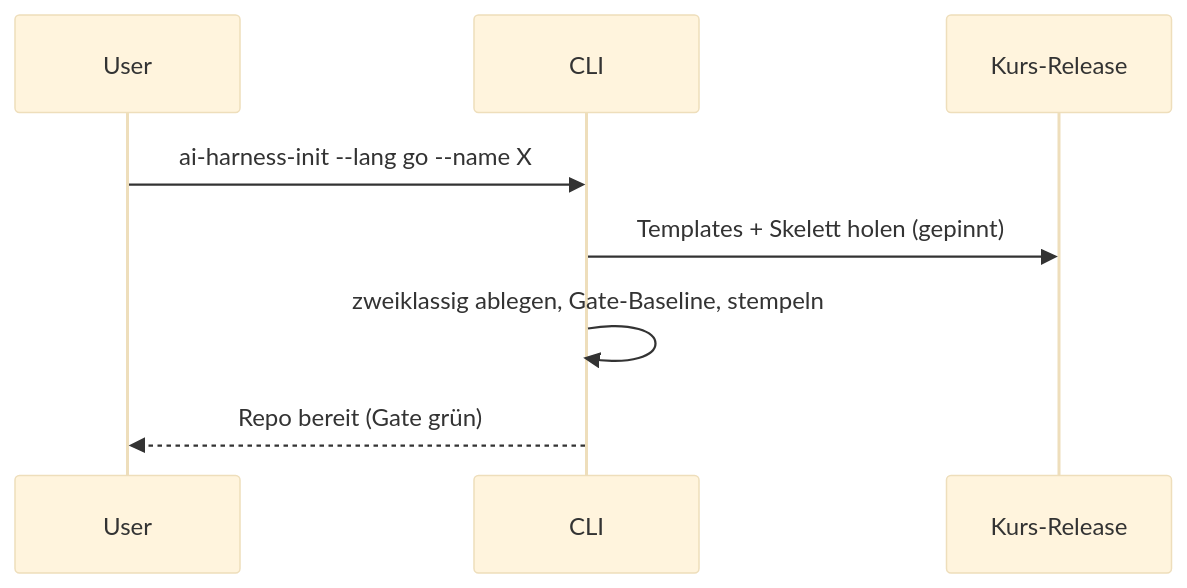
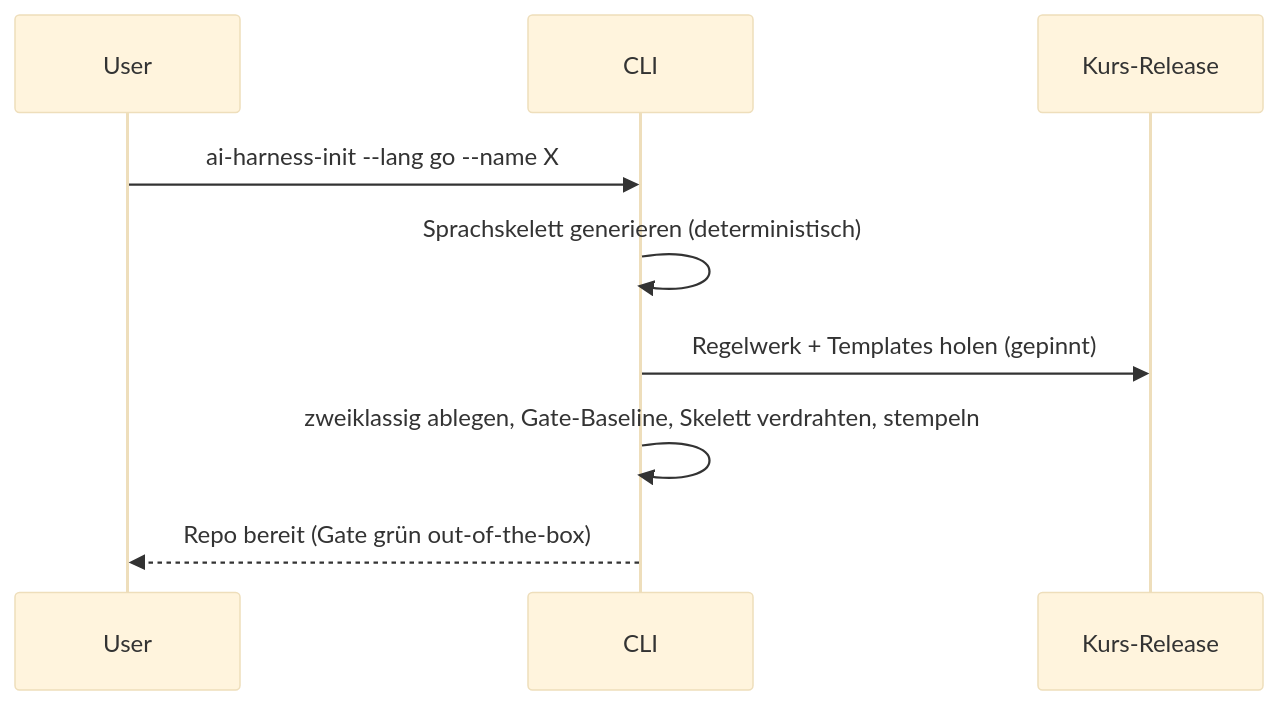
The second of 2 diagrams in spec/architecture.md (pt9912/ai-harness-init), drawn with Mermaid (base theme) before and after one commit. The commit also changed other lines of this file, not shown here.

First line of the commit message:
spec: architecture.md an ADR-0005 nachziehen (Skelett Picker -> Generator)

````diff
--- a/spec/architecture.md
+++ b/spec/architecture.md
@@ -52,10 +55,11 @@
 ```mermaid
 sequenceDiagram
     participant U as User
     participant C as CLI
     participant R as Kurs-Release
     U->>C: ai-harness-init --lang go --name X
-    C->>R: Templates + Skelett holen (gepinnt)
-    C->>C: zweiklassig ablegen, Gate-Baseline, stempeln
-    C-->>U: Repo bereit (Gate grün)
+    C->>C: Sprachskelett generieren (deterministisch)
+    C->>R: Regelwerk + Templates holen (gepinnt)
+    C->>C: zweiklassig ablegen, Gate-Baseline, Skelett verdrahten, stempeln
+    C-->>U: Repo bereit (Gate grün out-of-the-box)
 ```
````
